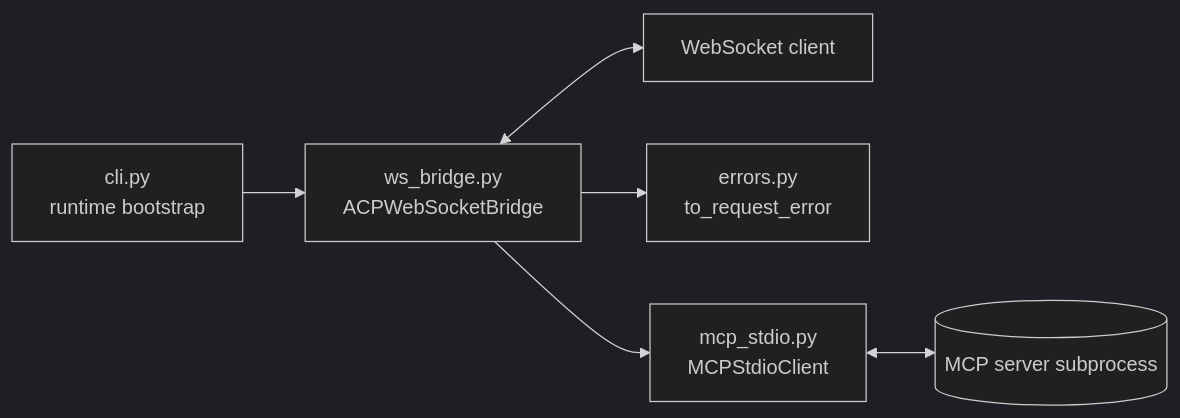
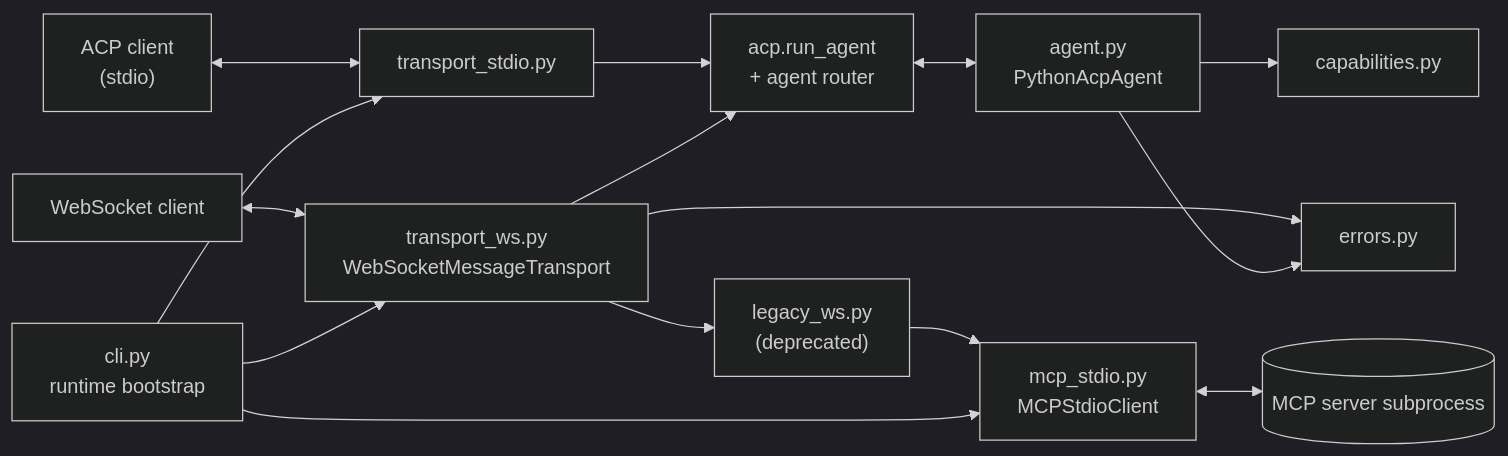
One commit to Digital-Dimentia/python-acp changed the first of 4 diagrams in ARCHITECTURE.md. Above: the diagram before and after it, drawn with Mermaid (dark theme). The commit also changed other lines of this file and 19 other files, not shown here.

````diff
--- a/ARCHITECTURE.md
+++ b/ARCHITECTURE.md
@@ -14,15 +19,30 @@
 ```mermaid
 flowchart LR
-    UserClient["WebSocket client"]
+    Editor["ACP client<br/>(stdio)"]
+    WsClient["WebSocket client"]
     CLI["cli.py<br/>runtime bootstrap"]
-    Bridge["ws_bridge.py<br/>ACPWebSocketBridge"]
-    Errors["errors.py<br/>to_request_error"]
+    TStdio["transport_stdio.py"]
+    TWs["transport_ws.py<br/>WebSocketMessageTransport"]
+    Legacy["legacy_ws.py<br/>(deprecated)"]
+    SDK["acp.run_agent<br/>+ agent router"]
+    Agent["agent.py<br/>PythonAcpAgent"]
+    Caps["capabilities.py"]
+    Errors["errors.py"]
     MCPClient["mcp_stdio.py<br/>MCPStdioClient"]
     MCPProc[("MCP server subprocess")]
 
-    CLI --> Bridge
-    Bridge <--> UserClient
-    Bridge --> Errors
-    Bridge --> MCPClient
+    Editor <--> TStdio
+    WsClient <--> TWs
+    CLI --> TStdio
+    CLI --> TWs
+    TStdio --> SDK
+    TWs --> SDK
+    TWs --> Legacy
+    TWs --> Errors
+    SDK <--> Agent
+    Agent --> Caps
+    Agent --> Errors
+    Legacy --> MCPClient
+    CLI --> MCPClient
     MCPClient <--> MCPProc
 ```
````
